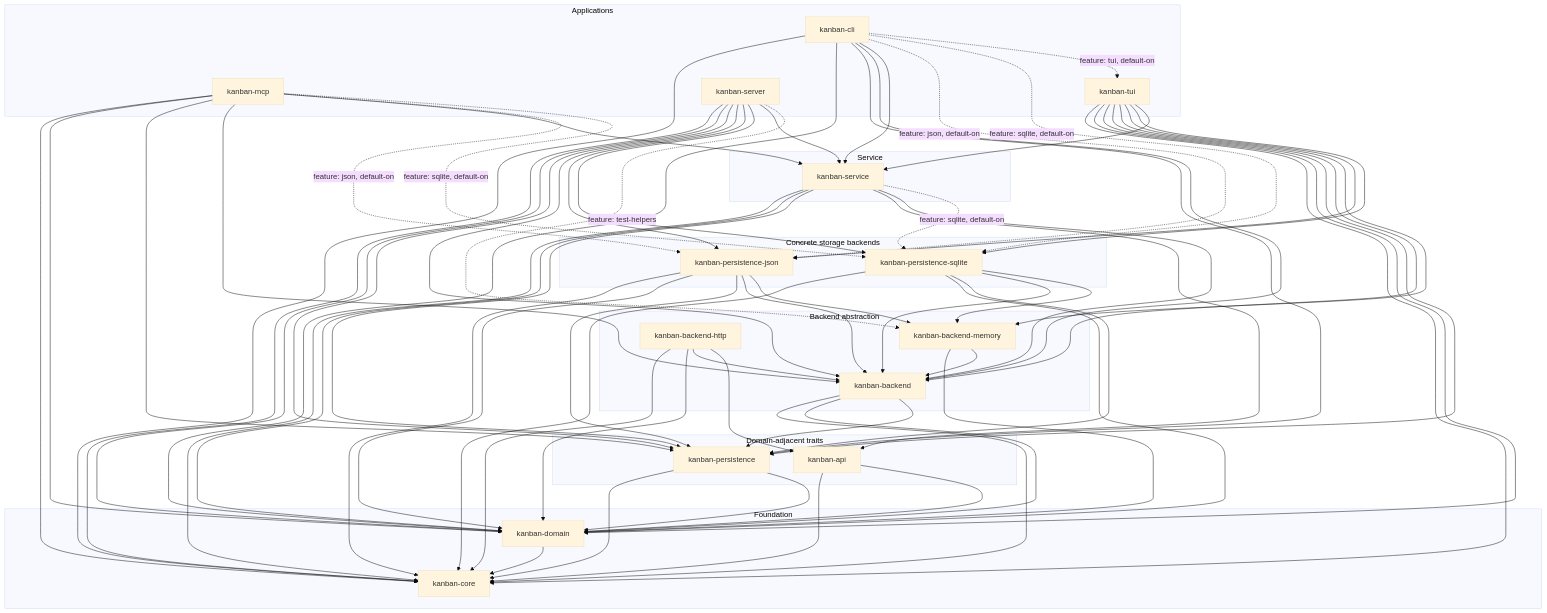
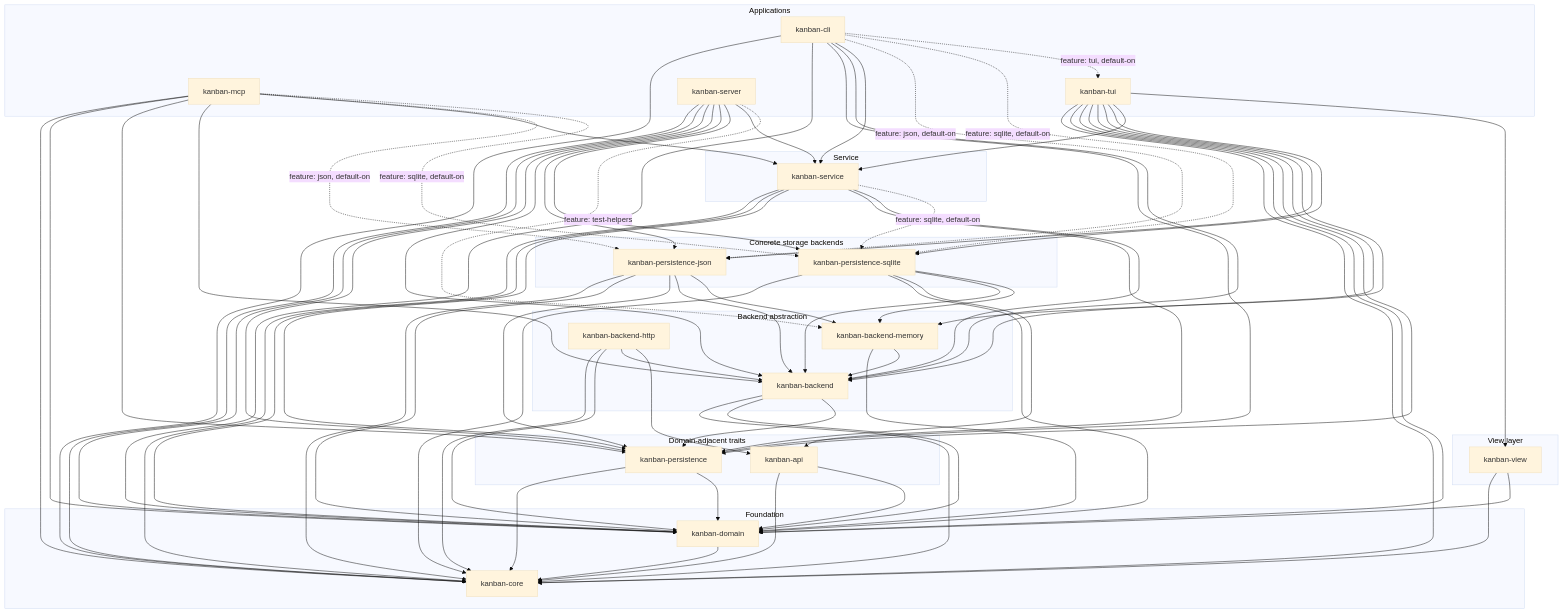
One commit to kanban-rs/kanban changed the diagram in README.md. Above: the diagram before and after it, drawn with Mermaid (base theme). The commit also changed other lines of this file and 2 other files, not shown here.

Commit message:
docs: document kanban-view in README.md and CONTRIBUTING.md
CLAUDE.md was updated for the new crate but README.md (crate tree,
mermaid dependency graph, crate table) and CONTRIBUTING.md's commit
scope list were not — kanban-view was the only one of 15 crates with
no crates/<name>/README.md and the only one missing from the root
README's crate table. Flagged by a second re-review.

```diff
--- a/README.md
+++ b/README.md
@@ -391,6 +392,9 @@
     end
     subgraph "Service"
         SVC[kanban-service]
+    end
+    subgraph "View layer"
+        VIEW[kanban-view]
     end
     subgraph "Applications"
         CLI[kanban-cli]
@@ -433,6 +437,9 @@
     SVC --> BE
     SVC -.->|feature: sqlite, default-on| SQL
 
+    VIEW --> CORE
+    VIEW --> DOM
+
     CLI --> CORE
     CLI --> DOM
     CLI --> PER
@@ -458,6 +465,7 @@
     TUI --> JSON
     TUI --> SQL
     TUI --> SVC
+    TUI --> VIEW
 
     SRV --> CORE
     SRV --> DOM
```
